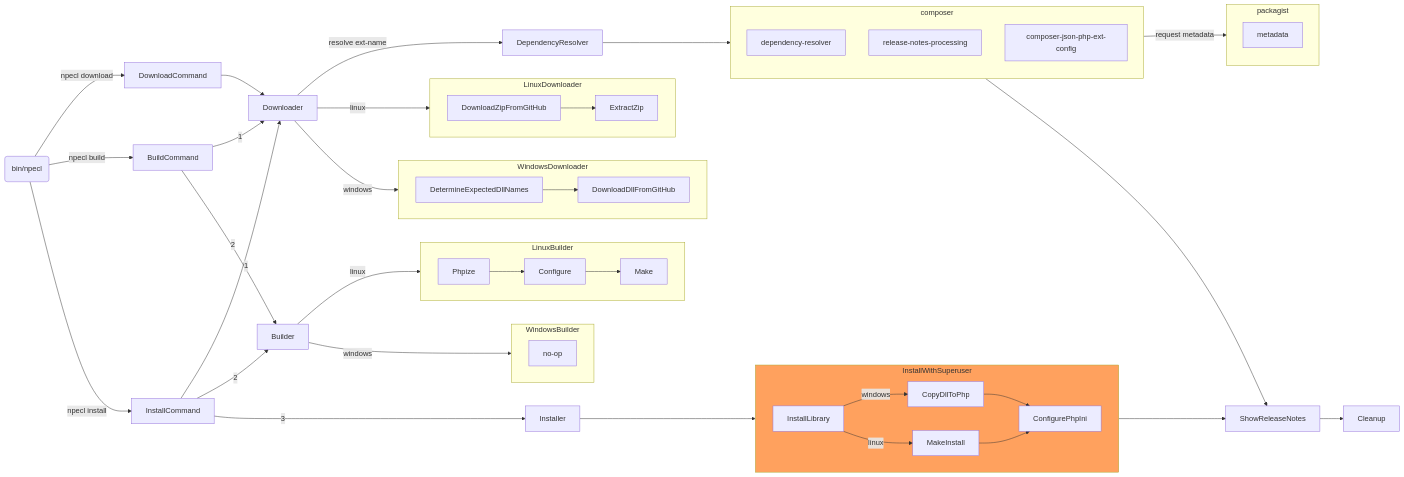
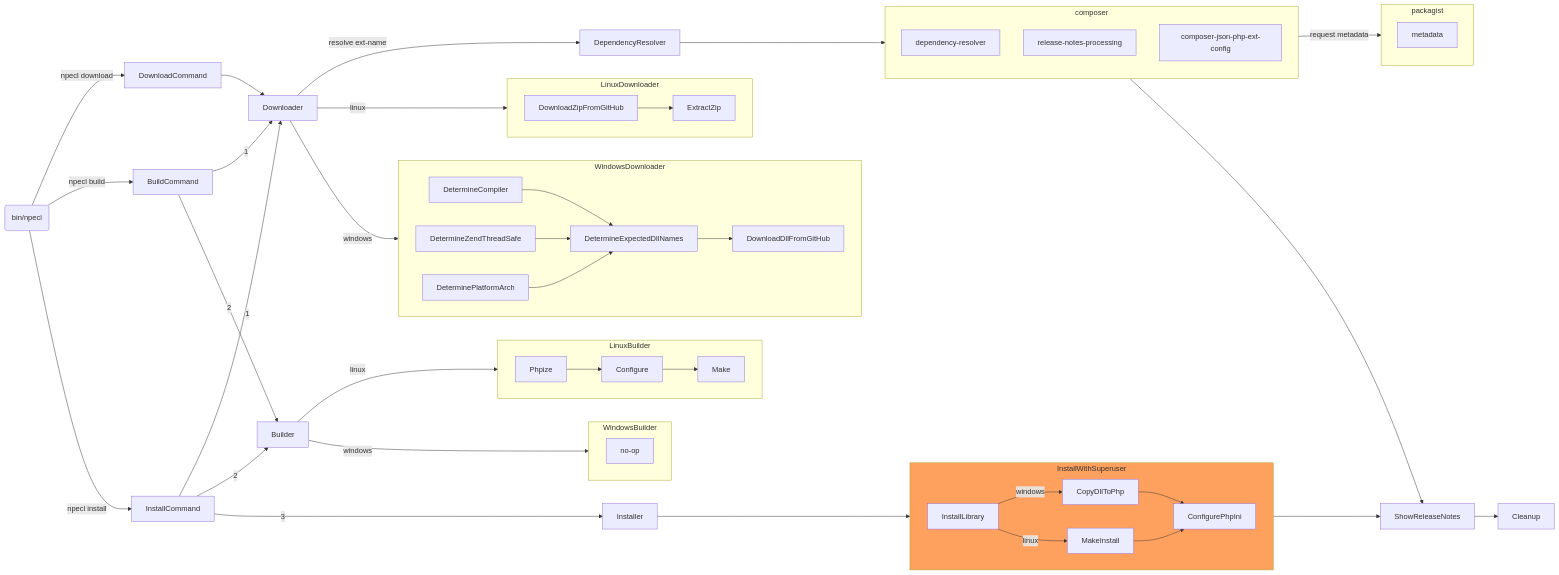
One commit to ThePHPF/pie-design changed the second of 2 diagrams in README.md. Above: the diagram before and after it, drawn with Mermaid. The commit also changed other lines of this file, not shown here.

Commit message:
Windows compiler/architecture clarifications

````diff
--- a/README.md
+++ b/README.md
@@ -296,62 +296,65 @@
 ```mermaid
 flowchart LR
     subgraph composer
         dependency-resolver
         release-notes-processing
         composer-json-php-ext-config
     end
     subgraph packagist
         metadata
     end
     subgraph LinuxDownloader
         direction LR
         DownloadZipFromGitHub-->ExtractZip
     end
     subgraph WindowsDownloader
         direction LR
+        DetermineCompiler-->DetermineExpectedDllNames
+        DetermineZendThreadSafe-->DetermineExpectedDllNames
+        DeterminePlatformArch-->DetermineExpectedDllNames
         DetermineExpectedDllNames-->DownloadDllFromGitHub
     end
     subgraph LinuxBuilder
         direction LR
         Phpize-->Configure
         Configure-->Make
     end
     subgraph WindowsBuilder
         direction LR
         no-op
     end
     style InstallWithSuperuser fill:#ffa15e
     subgraph InstallWithSuperuser
         direction LR
         InstallLibrary--windows-->CopyDllToPhp
         InstallLibrary--"linux"-->MakeInstall
         CopyDllToPhp-->ConfigurePhpIni
         MakeInstall-->ConfigurePhpIni
     end
 
     entrypoint(bin/npecl)
 
     entrypoint--npecl download-->DownloadCommand
     DownloadCommand-->Downloader
     Downloader--resolve ext-name-->DependencyResolver
     DependencyResolver-->composer
     composer--request metadata-->packagist
     Downloader--"linux"-->LinuxDownloader
     Downloader--windows-->WindowsDownloader
 
     entrypoint--npecl build-->BuildCommand
     BuildCommand--1-->Downloader
     BuildCommand--2-->Builder
     Builder--"linux"-->LinuxBuilder
     Builder--windows-->WindowsBuilder
 
     entrypoint--npecl install-->InstallCommand
     InstallCommand--1-->Downloader
     InstallCommand--2-->Builder
     InstallCommand--3-->Installer
     Installer-->InstallWithSuperuser
     InstallWithSuperuser-->ShowReleaseNotes
     ShowReleaseNotes-->Cleanup
 
     composer-->ShowReleaseNotes
 ```
````
